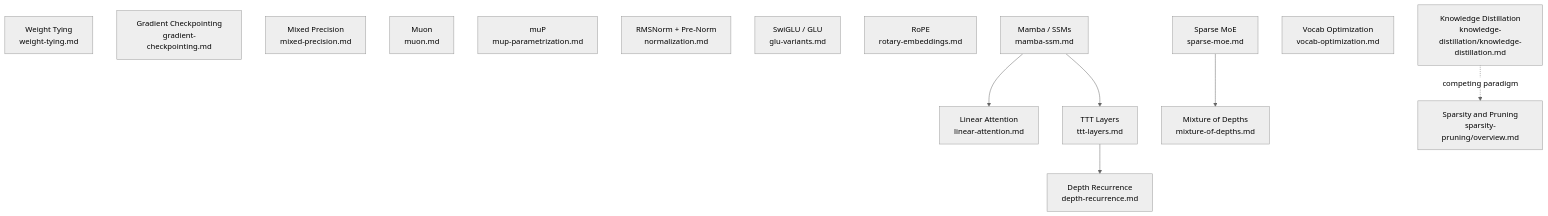
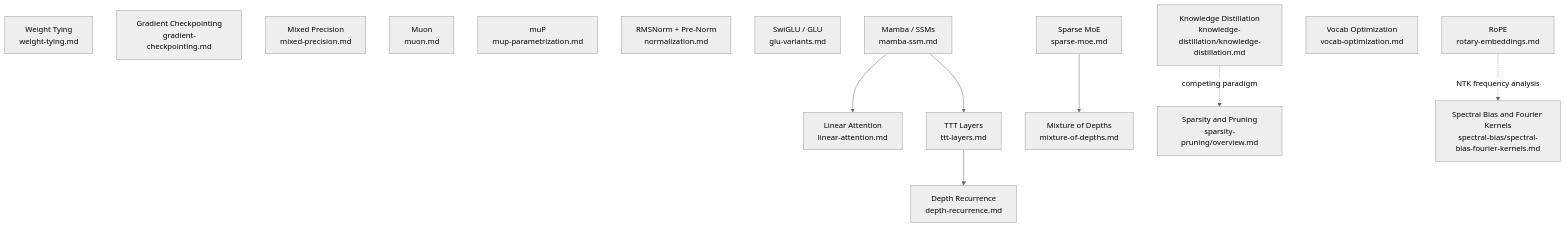
The diagram in concepts/deep-learning-engineering/overview.md (calwoo/research-notes), drawn with Mermaid (neutral theme) before and after one commit. The commit also changed other lines of this file and 1 other file, not shown here.

First line of the commit message:
refactor: move spectral-bias under deep-learning-engineering

````diff
--- a/concepts/deep-learning-engineering/overview.md
+++ b/concepts/deep-learning-engineering/overview.md
@@ -102,26 +112,28 @@
 ```mermaid
 flowchart TD
     WT["Weight Tying<br/>weight-tying.md"]
     GC["Gradient Checkpointing<br/>gradient-checkpointing.md"]
     MP["Mixed Precision<br/>mixed-precision.md"]
     MU["Muon<br/>muon.md"]
     UP["muP<br/>mup-parametrization.md"]
     NM["RMSNorm + Pre-Norm<br/>normalization.md"]
     GL["SwiGLU / GLU<br/>glu-variants.md"]
     RO["RoPE<br/>rotary-embeddings.md"]
     MB["Mamba / SSMs<br/>mamba-ssm.md"]
     LA["Linear Attention<br/>linear-attention.md"]
     TTT["TTT Layers<br/>ttt-layers.md"]
     DR["Depth Recurrence<br/>depth-recurrence.md"]
     MoE["Sparse MoE<br/>sparse-moe.md"]
     MoD["Mixture of Depths<br/>mixture-of-depths.md"]
     VO["Vocab Optimization<br/>vocab-optimization.md"]
     KD["Knowledge Distillation<br/>knowledge-distillation/knowledge-distillation.md"]
     SP["Sparsity and Pruning<br/>sparsity-pruning/overview.md"]
+    SB["Spectral Bias and Fourier Kernels<br/>spectral-bias/spectral-bias-fourier-kernels.md"]
 
     MB --> LA
     MB --> TTT
     TTT --> DR
     MoE --> MoD
     KD -.->|"competing paradigm"| SP
+    RO -.->|"NTK frequency analysis"| SB
 ```
````
